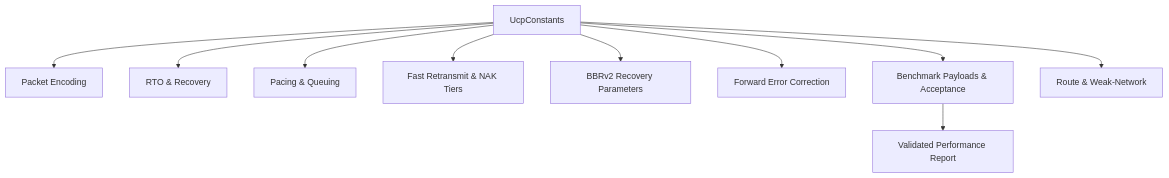
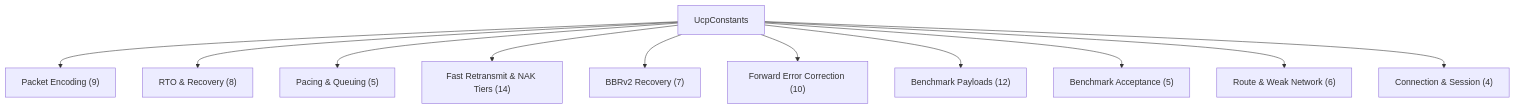
One commit to liulilittle/ucp changed the first of 2 diagrams in docs/constants.md. Above: the diagram before and after it, drawn with Mermaid. The commit also changed other lines of this file and 43 other files, not shown here.

````diff
--- a/docs/constants.md
+++ b/docs/constants.md
@@ -9,13 +11,13 @@
 ```mermaid
 flowchart TD
-    Constants[UcpConstants] --> Packet[Packet Encoding]
-    Constants --> RTO[RTO & Recovery]
-    Constants --> Pacing[Pacing & Queuing]
-    Constants --> Recovery[Fast Retransmit & NAK Tiers]
-    Constants --> BBRv2[BBRv2 Recovery Parameters]
-    Constants --> FEC[Forward Error Correction]
-    Constants --> Benchmarks[Benchmark Payloads & Acceptance]
-    Constants --> Route[Route & Weak-Network]
-
-    Benchmarks --> Report[Validated Performance Report]
+    Constants["UcpConstants"] --> Packet["Packet Encoding (9)"]
+    Constants --> RTO["RTO & Recovery (8)"]
+    Constants --> Pacing["Pacing & Queuing (5)"]
+    Constants --> FastRT["Fast Retransmit & NAK Tiers (14)"]
+    Constants --> BBRv2["BBRv2 Recovery (7)"]
+    Constants --> FEC["Forward Error Correction (10)"]
+    Constants --> BenchP["Benchmark Payloads (12)"]
+    Constants --> BenchA["Benchmark Acceptance (5)"]
+    Constants --> Route["Route & Weak Network (6)"]
+    Constants --> Session["Connection & Session (4)"]
 ```
````
